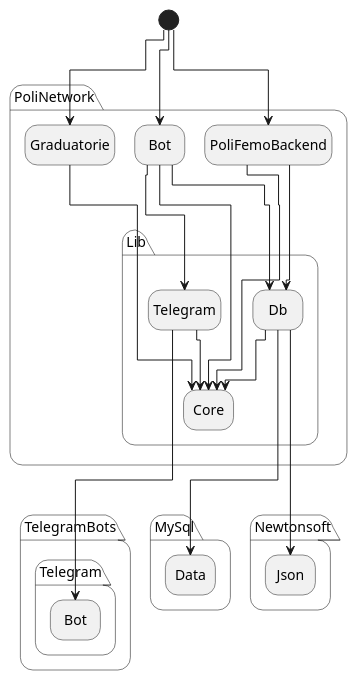
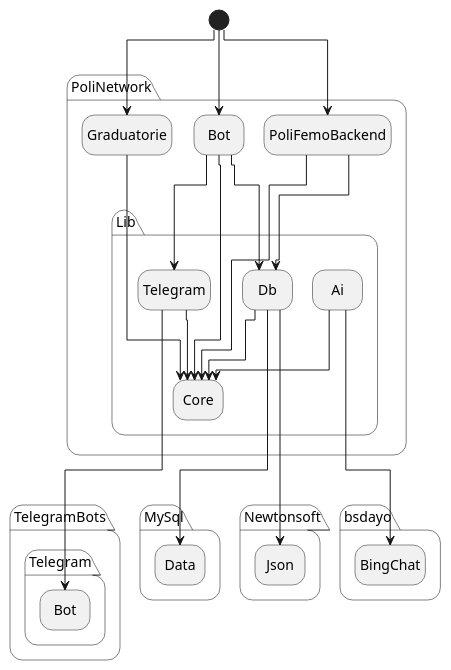
The diagram in docs/dipendenze/schema.plantuml (PoliNetworkOrg/Lib_CSharp), drawn with PlantUML before and after one commit.

Commit message:
schema dep

```diff
--- a/docs/dipendenze/schema.plantuml
+++ b/docs/dipendenze/schema.plantuml
@@ -1,26 +1,26 @@
 @startuml
 !pragma layout elk
 hide empty description
 
 [*] -down-> PoliNetwork.Graduatorie
 [*] -down-> PoliNetwork.Bot
 [*] -down-> PoliNetwork.PoliFemoBackend 
 
 
 PoliNetwork.Bot --> PoliNetwork.Lib.Db
 PoliNetwork.Bot --> PoliNetwork.Lib.Core
 PoliNetwork.Bot -> PoliNetwork.Lib.Telegram
 PoliNetwork.Graduatorie --> PoliNetwork.Lib.Core
 PoliNetwork.PoliFemoBackend --> PoliNetwork.Lib.Core
 PoliNetwork.PoliFemoBackend ---> PoliNetwork.Lib.Db
 
+PoliNetwork.Lib.Ai -> PoliNetwork.Lib.Core
 PoliNetwork.Lib.Db -> PoliNetwork.Lib.Core
 PoliNetwork.Lib.Telegram -> PoliNetwork.Lib.Core
 
 PoliNetwork.Lib.Db --> Newtonsoft.Json
 PoliNetwork.Lib.Db --> MySql.Data
 PoliNetwork.Lib.Telegram --> TelegramBots.Telegram.Bot
-
-
+PoliNetwork.Lib.Ai -> bsdayo.BingChat
 
 @enduml
```
